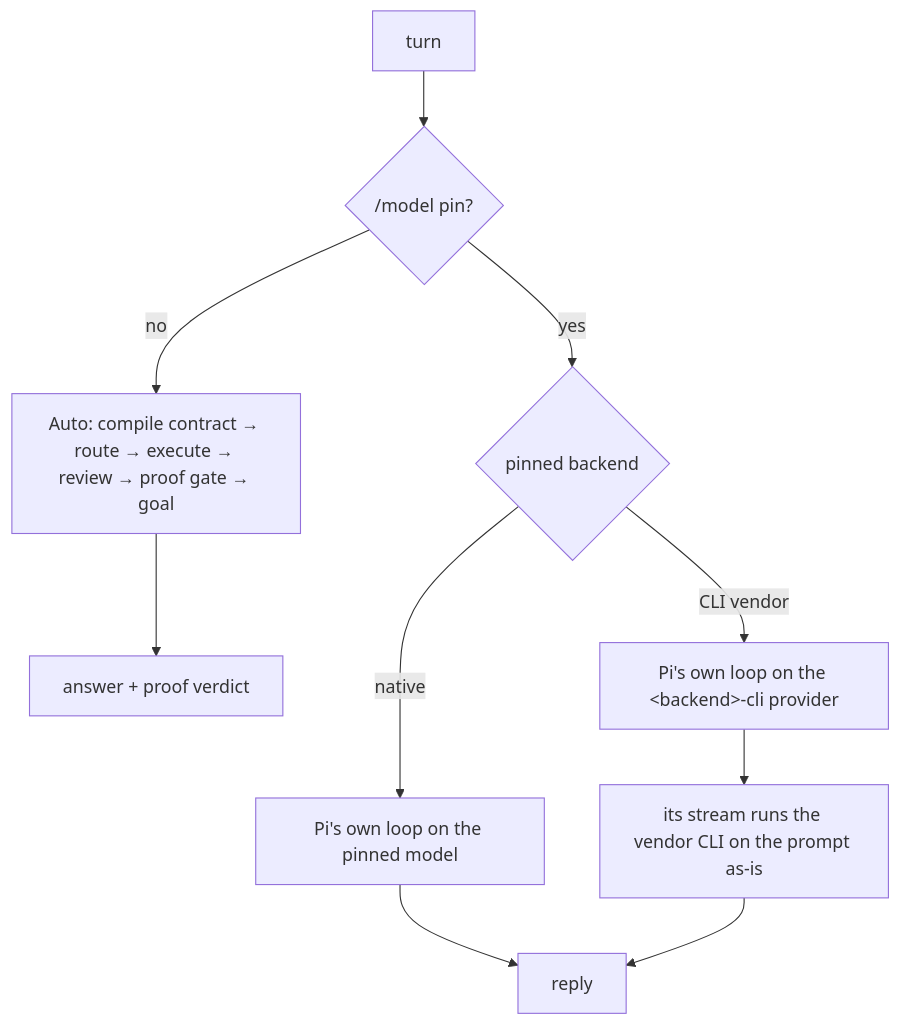
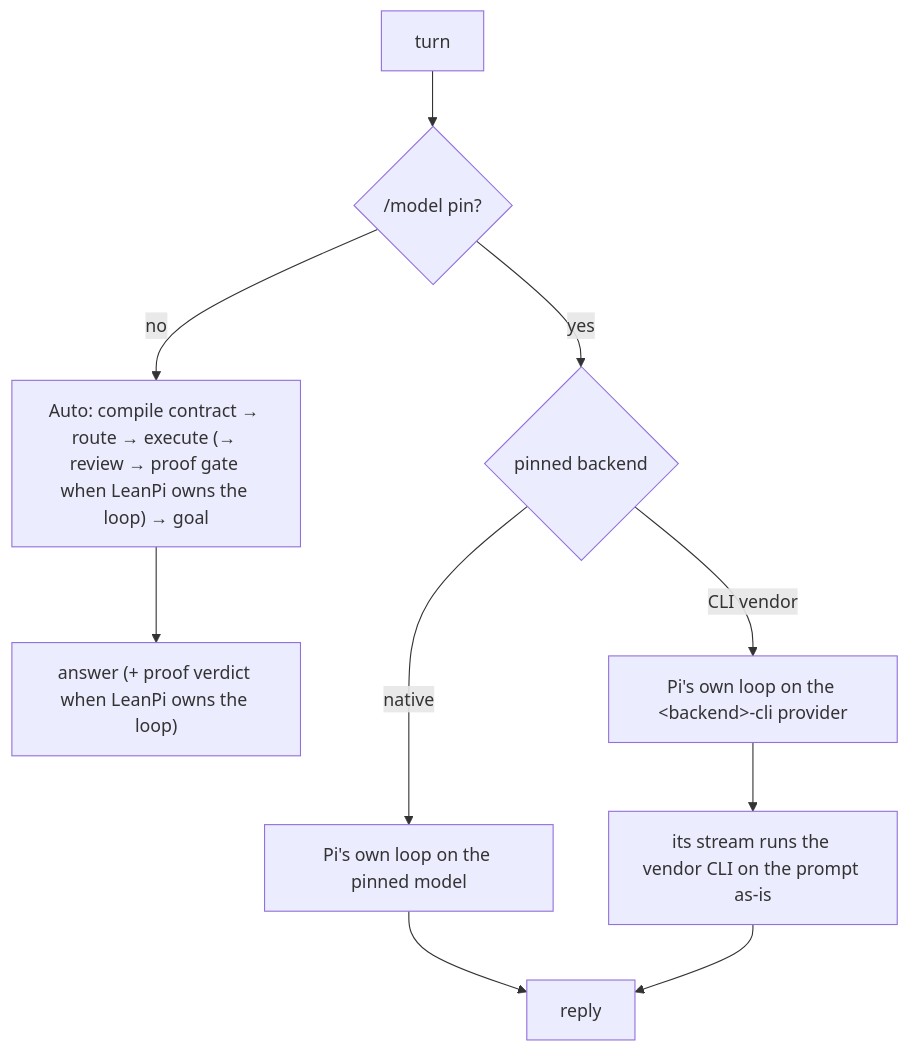
One commit to jonit-dev/lean-pi changed the second of 3 diagrams in docs/systems/model-modes.md. Above: the diagram before and after it, drawn with Mermaid. The commit also changed other lines of this file and 17 other files, not shown here.

First line of the commit message:
feat(routing): Auto picks the model you configured, decided once, and says when it guessed (PRD-053)

````diff
--- a/docs/systems/model-modes.md
+++ b/docs/systems/model-modes.md
@@ -24,12 +57,12 @@
 ```mermaid
 flowchart TD
     T[turn] --> P{"/model pin?"}
-    P -- no --> A[Auto: compile contract → route → execute → review → proof gate → goal]
+    P -- no --> A["Auto: compile contract → route → execute (→ review → proof gate when LeanPi owns the loop) → goal"]
     P -- yes --> K{pinned backend}
     K -- native --> N["Pi's own loop on the pinned model"]
     K -- CLI vendor --> N2["Pi's own loop on the &lt;backend&gt;-cli provider"]
     N2 --> C[its stream runs the vendor CLI on the prompt as-is]
     N --> R[reply]
     C --> R
-    A --> V[answer + proof verdict]
+    A --> V["answer (+ proof verdict when LeanPi owns the loop)"]
 ```
````
